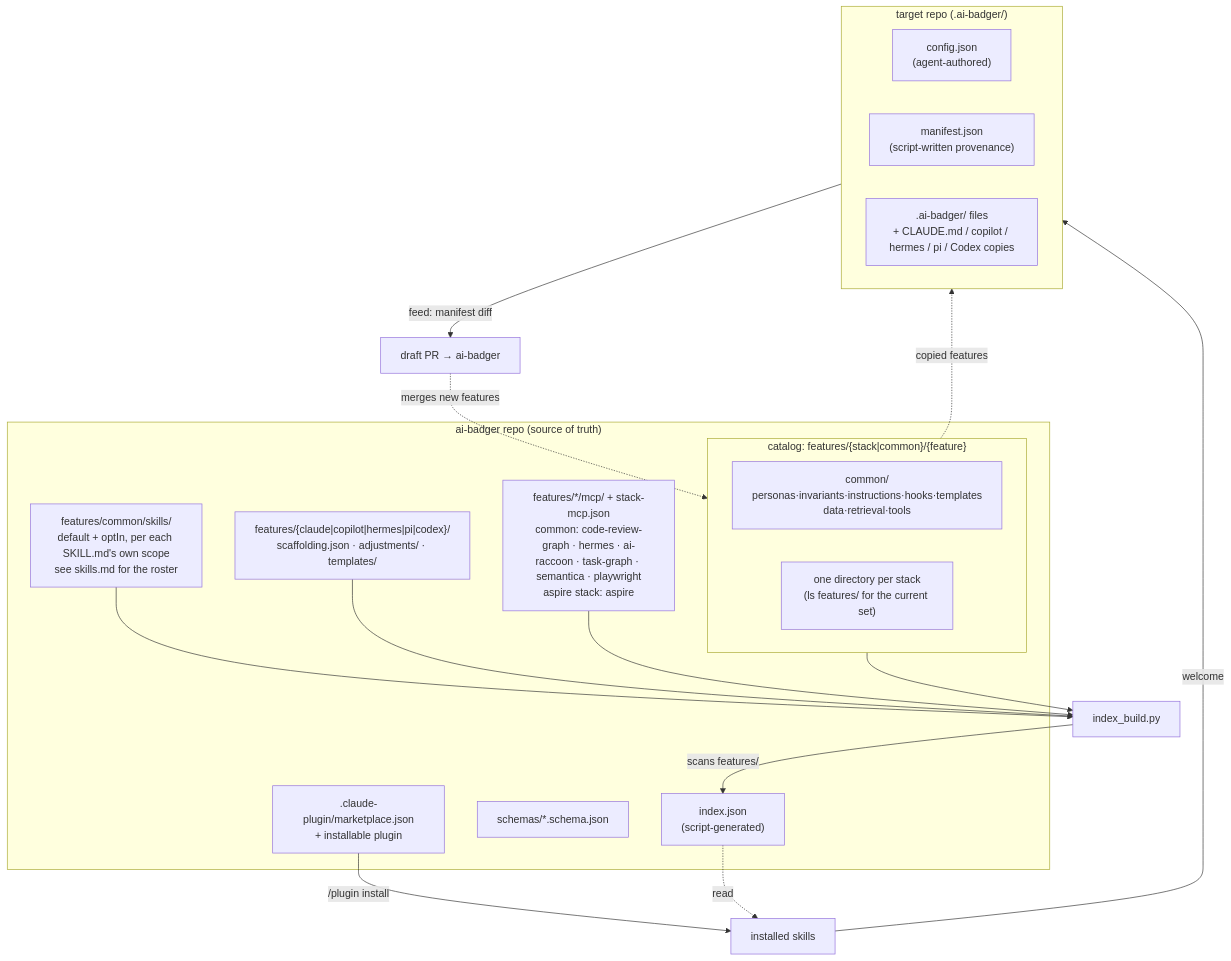
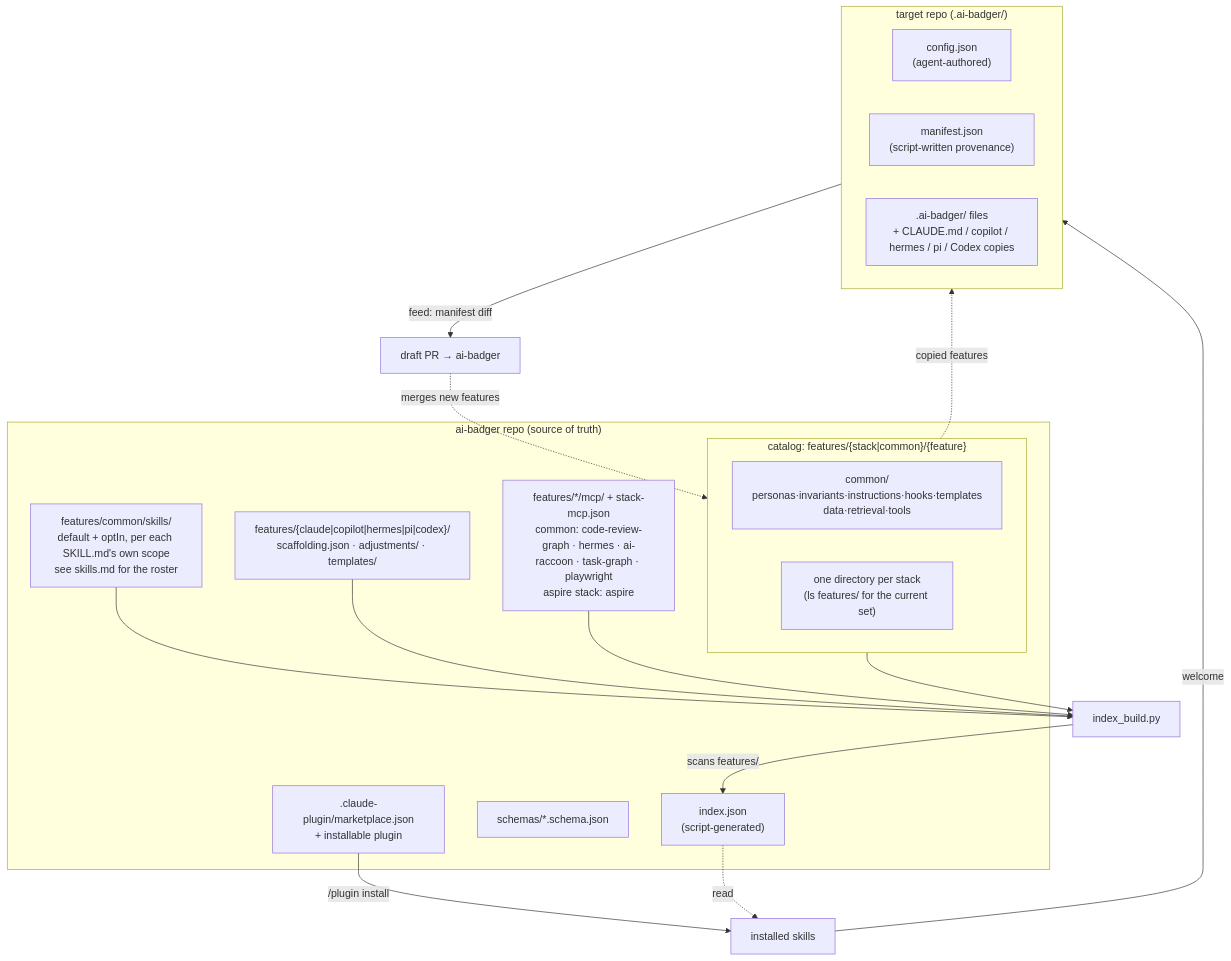
The first of 3 diagrams in docs/framework-architecture.md (Arasz/ai-badger), drawn with Mermaid before and after one commit. The commit also changed other lines of this file and 166 other files, not shown here.

First line of the commit message:
feat!: replace semantica with ai-raccoon decision records (0.218.0) (#666)

````diff
--- a/docs/framework-architecture.md
+++ b/docs/framework-architecture.md
@@ -586,31 +585,31 @@
 ```mermaid
 flowchart TB
   subgraph FW["ai-badger repo (source of truth)"]
     IDX["index.json\n(script-generated)"]
     SCH["schemas/*.schema.json"]
     subgraph CAT["catalog: features/{stack|common}/{feature}"]
       COMMON["common/\npersonas·invariants·instructions·hooks·templates\ndata·retrieval·tools"]
       STACKS["one directory per stack\n(ls features/ for the current set)"]
     end
     SKILLSDIR["features/common/skills/\ndefault + optIn, per each SKILL.md's own scope\nsee skills.md for the roster"]
     AGENTS["features/{claude|copilot|hermes|pi|codex}/\nscaffolding.json · adjustments/ · templates/"]
-    MCPCAT["features/*/mcp/ + stack-mcp.json\ncommon: code-review-graph · hermes · ai-raccoon · task-graph · semantica · playwright\naspire stack: aspire"]
+    MCPCAT["features/*/mcp/ + stack-mcp.json\ncommon: code-review-graph · hermes · ai-raccoon · task-graph · playwright\naspire stack: aspire"]
     MKT[".claude-plugin/marketplace.json\n+ installable plugin"]
   end
   IDXbuild["index_build.py"] -->|scans features/| IDX
   CAT --> IDXbuild
   SKILLSDIR --> IDXbuild
   AGENTS --> IDXbuild
   MCPCAT --> IDXbuild
   MKT -->|/plugin install| SKILLS["installed skills"]
   IDX -. read .-> SKILLS
   CAT -. copied features .-> PROJ
   subgraph PROJ["target repo (.ai-badger/)"]
     CFG["config.json\n(agent-authored)"]
     MAN["manifest.json\n(script-written provenance)"]
     OUT[".ai-badger/ files\n+ CLAUDE.md / copilot / hermes / pi / Codex copies"]
   end
   SKILLS -->|welcome| PROJ
   PROJ -->|feed: manifest diff| PRD["draft PR → ai-badger"]
   PRD -. merges new features .-> CAT
 ```
````
